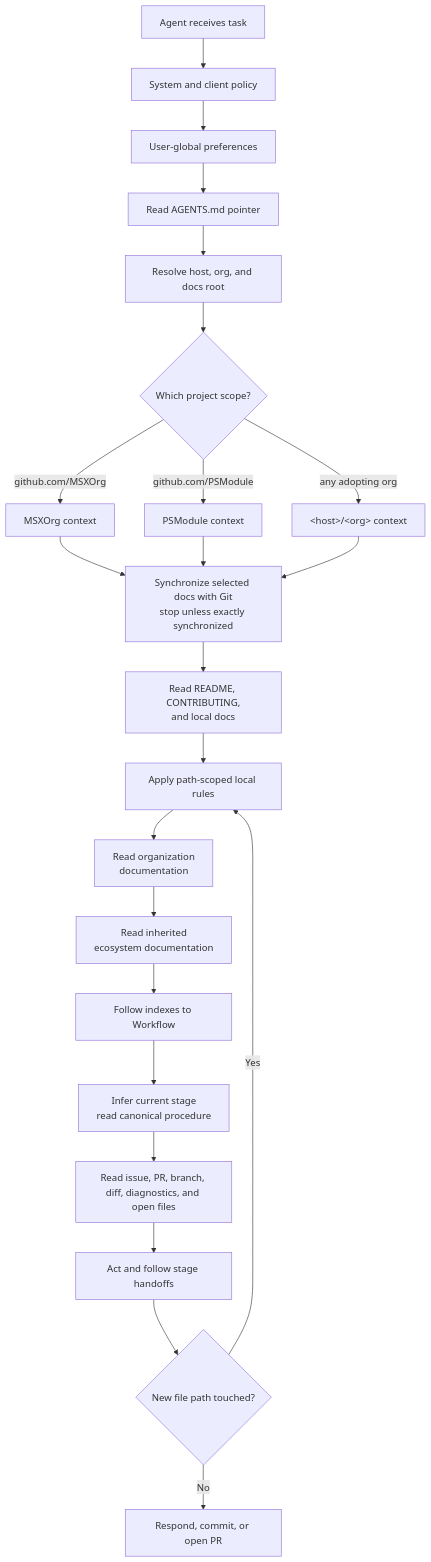
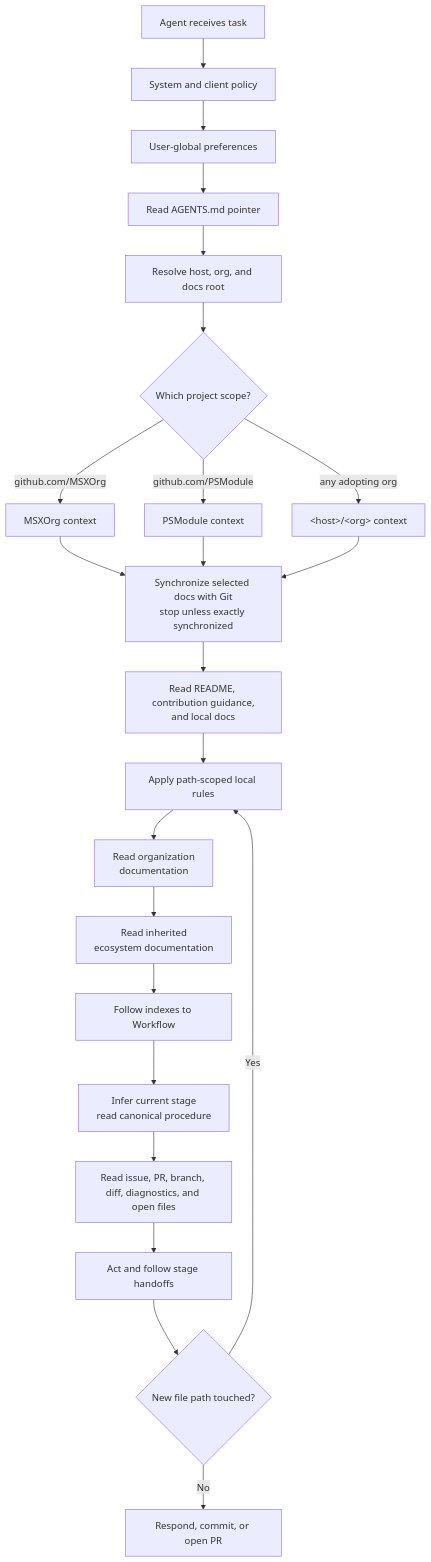
Before and after one commit to MSXOrg/docs: the diagram in src/docs/Capabilities/agentic-development/design.md, drawn with Mermaid. The commit also changed other lines of this file and 10 other files, not shown here.

````diff
--- a/src/docs/Capabilities/agentic-development/design.md
+++ b/src/docs/Capabilities/agentic-development/design.md
@@ -100,29 +102,29 @@
 ```mermaid
 flowchart TD
   start["Agent receives task"] --> policy["System and client policy"]
   policy --> user["User-global preferences"]
   user --> pointer["Read AGENTS.md pointer"]
   pointer --> locate["Resolve host, org, and docs root"]
 
   locate --> host{"Which project scope?"}
   host -->|"github.com/MSXOrg"| msx["MSXOrg context"]
   host -->|"github.com/PSModule"| psmodule["PSModule context"]
   host -->|"any adopting org"| other["&lt;host&gt;/&lt;org&gt; context"]
 
   msx --> refresh["Synchronize selected docs with Git<br/>stop unless exactly synchronized"]
   psmodule --> refresh
   other --> refresh
-  refresh --> repo["Read README, CONTRIBUTING,<br/>and local docs"]
+  refresh --> repo["Read README, contribution guidance,<br/>and local docs"]
   repo --> path["Apply path-scoped local rules"]
   path --> orgdocs["Read organization<br/>documentation"]
   orgdocs --> docs["Read inherited<br/>ecosystem documentation"]
   docs --> workflow["Follow indexes to Workflow"]
 
   workflow --> stage["Infer current stage<br/>read canonical procedure"]
   stage --> task["Read issue, PR, branch, diff, diagnostics, and open files"]
   task --> act["Act and follow stage handoffs"]
 
   act --> newpath{"New file path touched?"}
   newpath -->|"Yes"| path
   newpath -->|"No"| done["Respond, commit, or open PR"]
 ```
````
